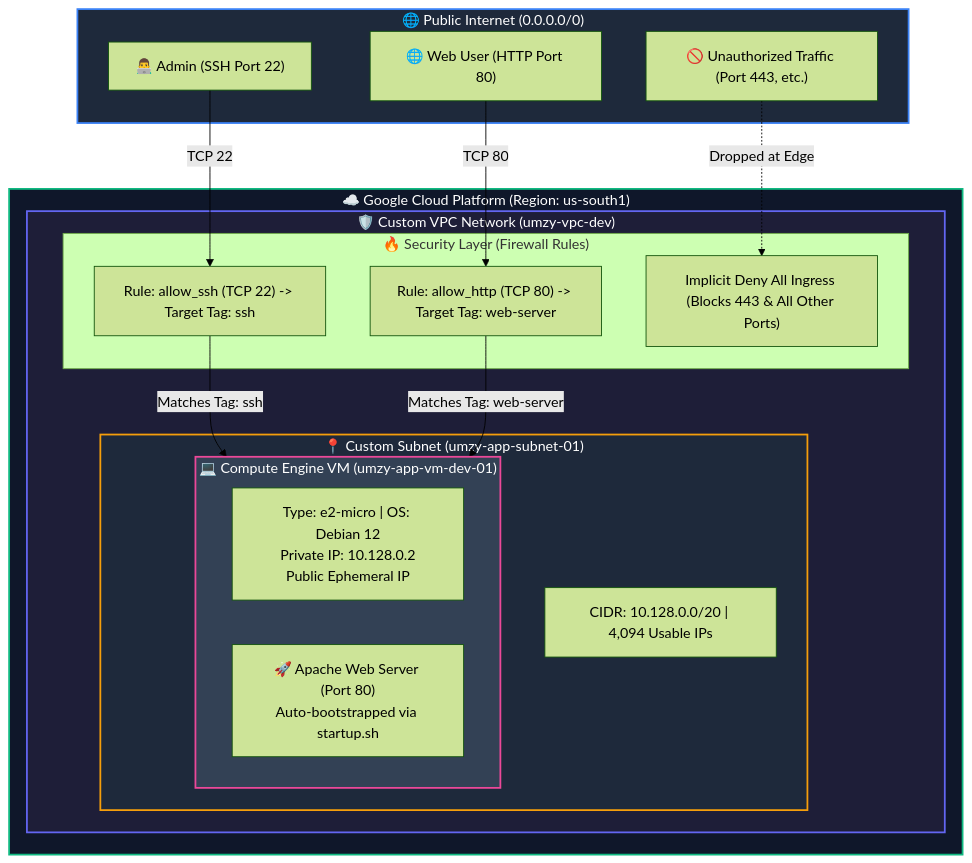
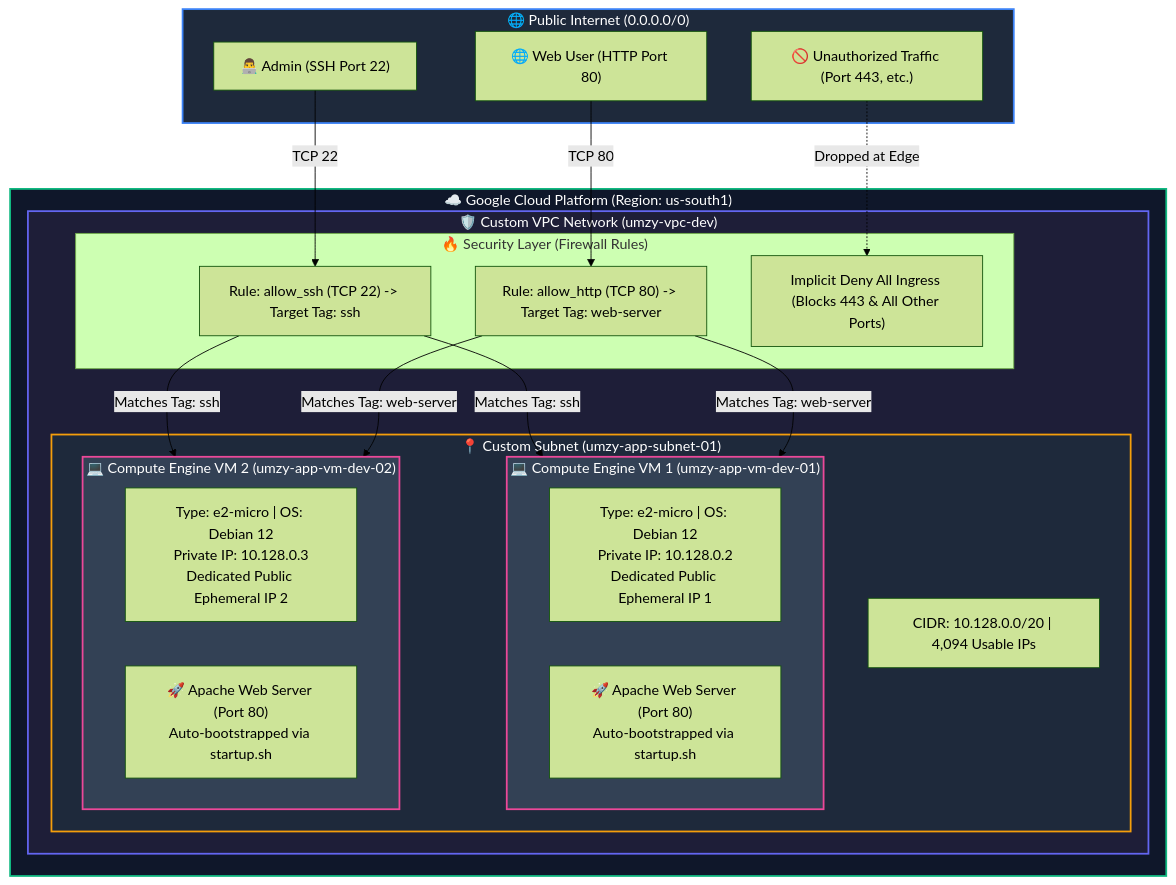
The first of 2 diagrams in README.md (umeshpoojary-gcp/gcp-project), drawn with Mermaid (forest theme) before and after one commit. The commit also changed other lines of this file and 1 other file, not shown here.

Commit message:
Update README diagrams and image for 2-VM architecture

````diff
--- a/README.md
+++ b/README.md
@@ -21,46 +21,53 @@
 ```mermaid
 graph TD
     classDef internetStyle fill:#1e293b,stroke:#3b82f6,stroke-width:2px,color:#fff;
     classDef gcpStyle fill:#0f172a,stroke:#10b981,stroke-width:2px,color:#fff;
     classDef vpcStyle fill:#1e1e38,stroke:#6366f1,stroke-width:2px,color:#fff;
     classDef subnetStyle fill:#1e293b,stroke:#f59e0b,stroke-width:2px,color:#fff;
     classDef vmStyle fill:#334155,stroke:#ec4899,stroke-width:2px,color:#fff;
 
     subgraph IN ["🌐 Public Internet (0.0.0.0/0)"]
         A["👨‍💻 Admin (SSH Port 22)"]
         B["🌐 Web User (HTTP Port 80)"]
         C["🚫 Unauthorized Traffic (Port 443, etc.)"]
     end
 
     subgraph GCP ["☁️ Google Cloud Platform (Region: us-south1)"]
         subgraph VPC ["🛡️ Custom VPC Network (umzy-vpc-dev)"]
             subgraph FW ["🔥 Security Layer (Firewall Rules)"]
                 FW1["Rule: allow_ssh (TCP 22) -> Target Tag: ssh"]
                 FW2["Rule: allow_http (TCP 80) -> Target Tag: web-server"]
                 FW3["Implicit Deny All Ingress (Blocks 443 & All Other Ports)"]
             end
 
             subgraph SUB ["📍 Custom Subnet (umzy-app-subnet-01)"]
                 SUBNET_INFO["CIDR: 10.128.0.0/20 | 4,094 Usable IPs"]
                 
-                subgraph VM ["💻 Compute Engine VM (umzy-app-vm-dev-01)"]
-                    VM_INFO["Type: e2-micro | OS: Debian 12<br/>Private IP: 10.128.0.2<br/>Public Ephemeral IP"]
-                    APP["🚀 Apache Web Server (Port 80)<br/>Auto-bootstrapped via startup.sh"]
+                subgraph VM1 ["💻 Compute Engine VM 1 (umzy-app-vm-dev-01)"]
+                    VM1_INFO["Type: e2-micro | OS: Debian 12<br/>Private IP: 10.128.0.2<br/>Dedicated Public Ephemeral IP 1"]
+                    APP1["🚀 Apache Web Server (Port 80)<br/>Auto-bootstrapped via startup.sh"]
+                end
+
+                subgraph VM2 ["💻 Compute Engine VM 2 (umzy-app-vm-dev-02)"]
+                    VM2_INFO["Type: e2-micro | OS: Debian 12<br/>Private IP: 10.128.0.3<br/>Dedicated Public Ephemeral IP 2"]
+                    APP2["🚀 Apache Web Server (Port 80)<br/>Auto-bootstrapped via startup.sh"]
                 end
             end
         end
     end
 
     A -->|TCP 22| FW1
     B -->|TCP 80| FW2
     C -.->|Dropped at Edge| FW3
 
-    FW1 -->|Matches Tag: ssh| VM
-    FW2 -->|Matches Tag: web-server| VM
+    FW1 -->|Matches Tag: ssh| VM1
+    FW1 -->|Matches Tag: ssh| VM2
+    FW2 -->|Matches Tag: web-server| VM1
+    FW2 -->|Matches Tag: web-server| VM2
 
     class IN internetStyle;
     class GCP gcpStyle;
     class VPC vpcStyle;
     class SUB subnetStyle;
-    class VM vmStyle;
+    class VM1,VM2 vmStyle;
 ```
````
